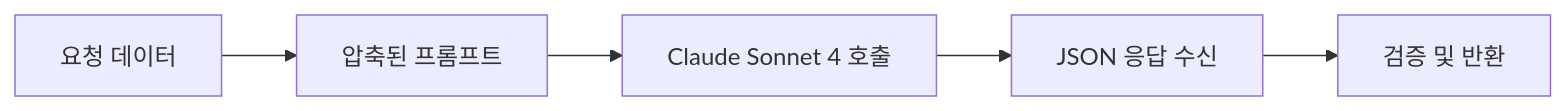
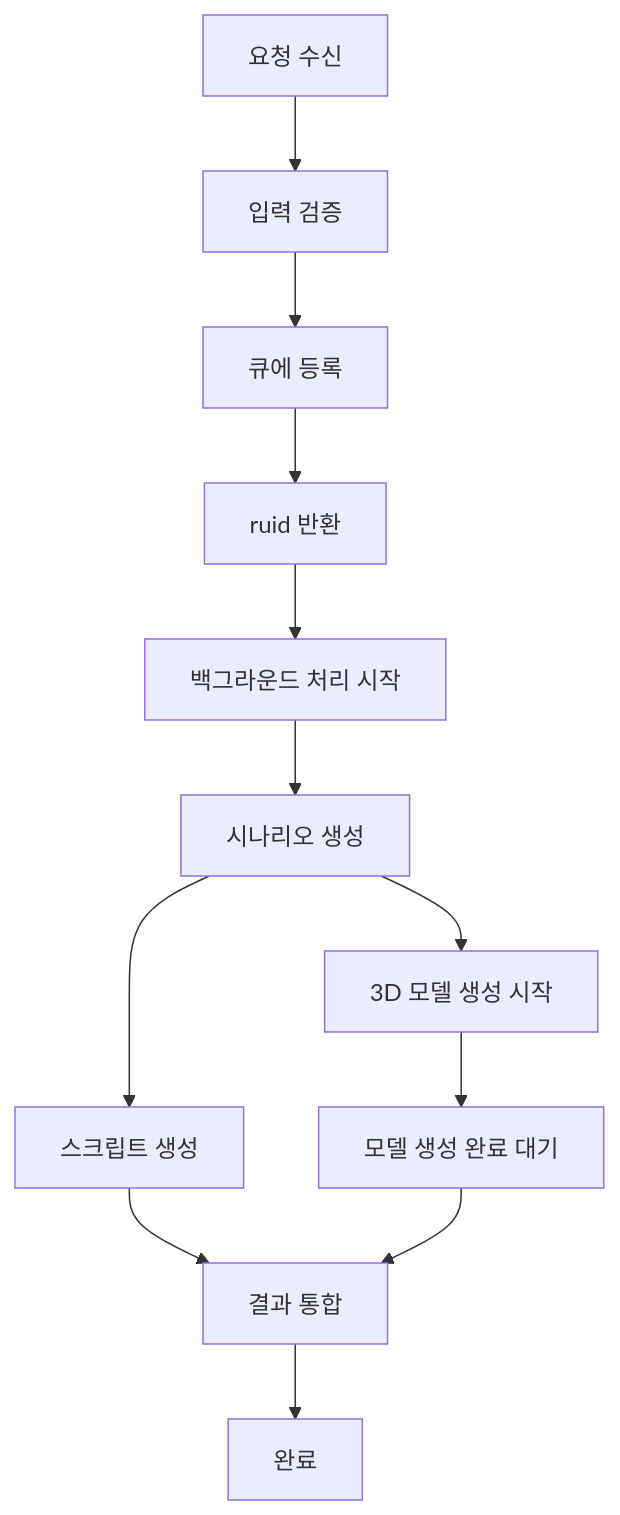
One commit to Febriez/eroom-docs changed the diagram in api-reference/endpoints/room-create.md. Above: the diagram before and after it, drawn with Mermaid. The commit also changed other lines of this file and 25 other files, not shown here.

```diff
--- a/api-reference/endpoints/room-create.md
+++ b/api-reference/endpoints/room-create.md
@@ -69,7 +109,15 @@
 {% mermaid %}
-flowchart LR
-A[요청 데이터] --> B[압축된 프롬프트]
-B --> C[Claude Sonnet 4 호출]
-C --> D[JSON 응답 수신]
-D --> E[검증 및 반환]
+graph TD
+A[요청 수신] --> B[입력 검증]
+B --> C[큐에 등록]
+C --> D[ruid 반환]
+
+    D --> E[백그라운드 처리 시작]
+    E --> F[시나리오 생성]
+    F --> G[3D 모델 생성 시작]
+    F --> H[스크립트 생성]
+    G --> I[모델 생성 완료 대기]
+    H --> J[결과 통합]
+    I --> J
+    J --> K[완료]
 {% endmermaid %}
```
